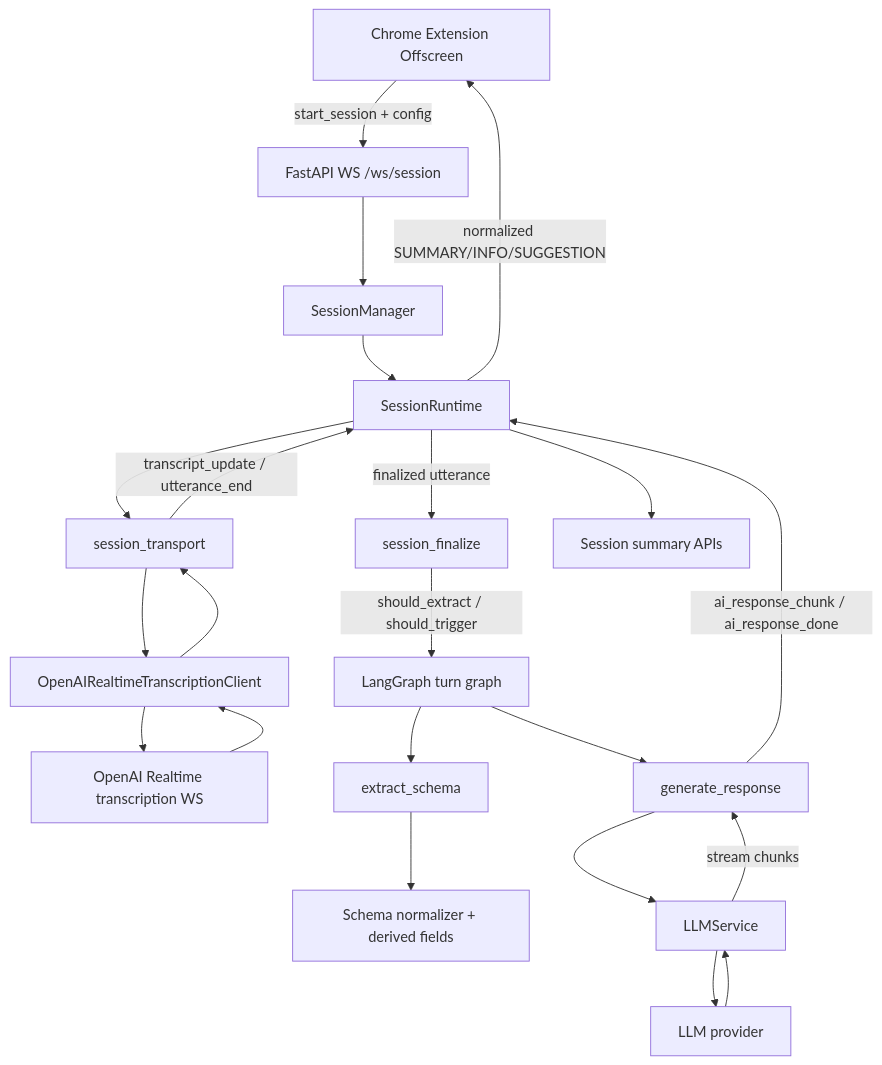
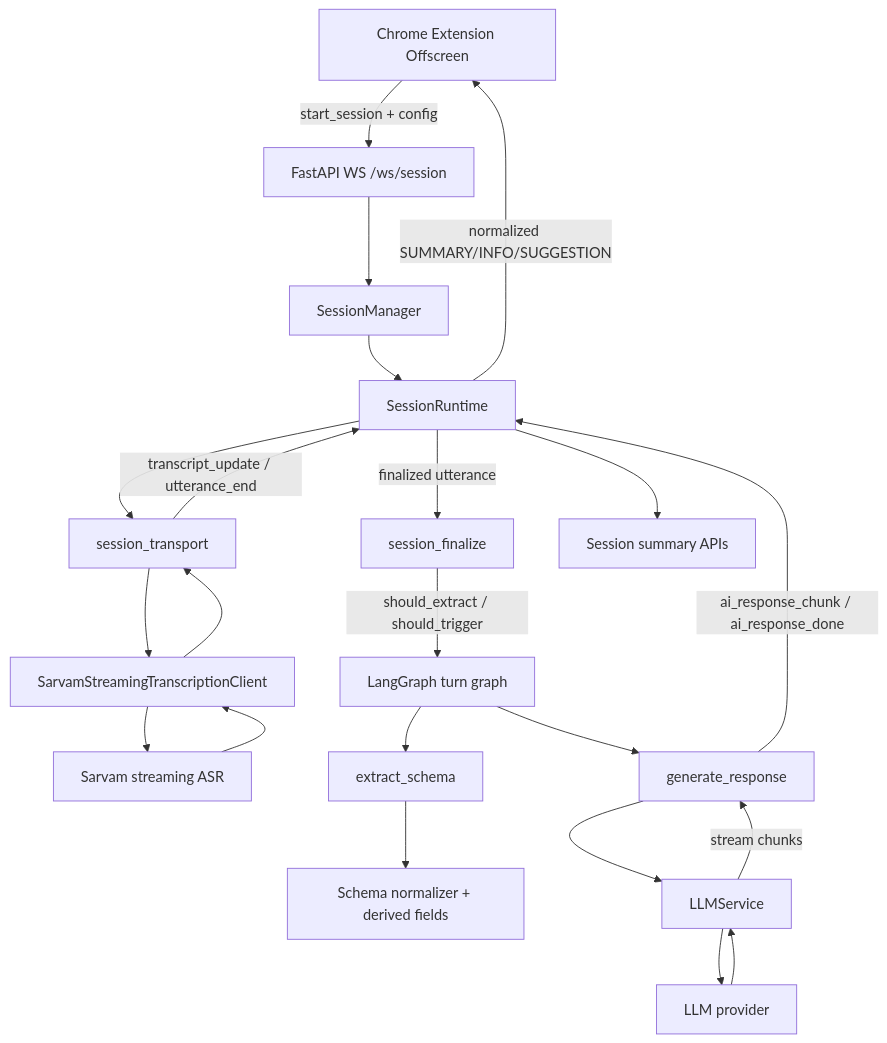
One commit to amanambak/dual-channel changed the diagram in docs/backend_ARCHITECTURE.md. Above: the diagram before and after it, drawn with Mermaid. The commit also changed other lines of this file and 24 other files, not shown here.

Commit message:
replaced openai ai asr with sarvam

````diff
--- a/docs/backend_ARCHITECTURE.md
+++ b/docs/backend_ARCHITECTURE.md
@@ -9,24 +9,24 @@
 ```mermaid
 graph TD
     EXT[Chrome Extension Offscreen] -->|start_session + config| API[FastAPI WS /ws/session]
     API --> SM[SessionManager]
     SM --> SR[SessionRuntime]
     SR --> ST[session_transport]
-    ST --> RT[OpenAIRealtimeTranscriptionClient]
-    RT --> OAI[OpenAI Realtime transcription WS]
-    OAI --> RT
+    ST --> RT[SarvamStreamingTranscriptionClient]
+    RT --> ASR[Sarvam streaming ASR]
+    ASR --> RT
     RT --> ST
     ST -->|transcript_update / utterance_end| SR
     SR -->|finalized utterance| SF[session_finalize]
     SF -->|should_extract / should_trigger| LG[LangGraph turn graph]
     LG --> EX[extract_schema]
     EX --> SN[Schema normalizer + derived fields]
     LG --> GR[generate_response]
     GR --> LC[LLMService]
     LC --> API2[LLM provider]
     API2 --> LC
     LC -->|stream chunks| GR
     GR -->|ai_response_chunk / ai_response_done| SR
     SR -->|normalized SUMMARY/INFO/SUGGESTION| EXT
     SR --> SUM[Session summary APIs]
 ```
````
